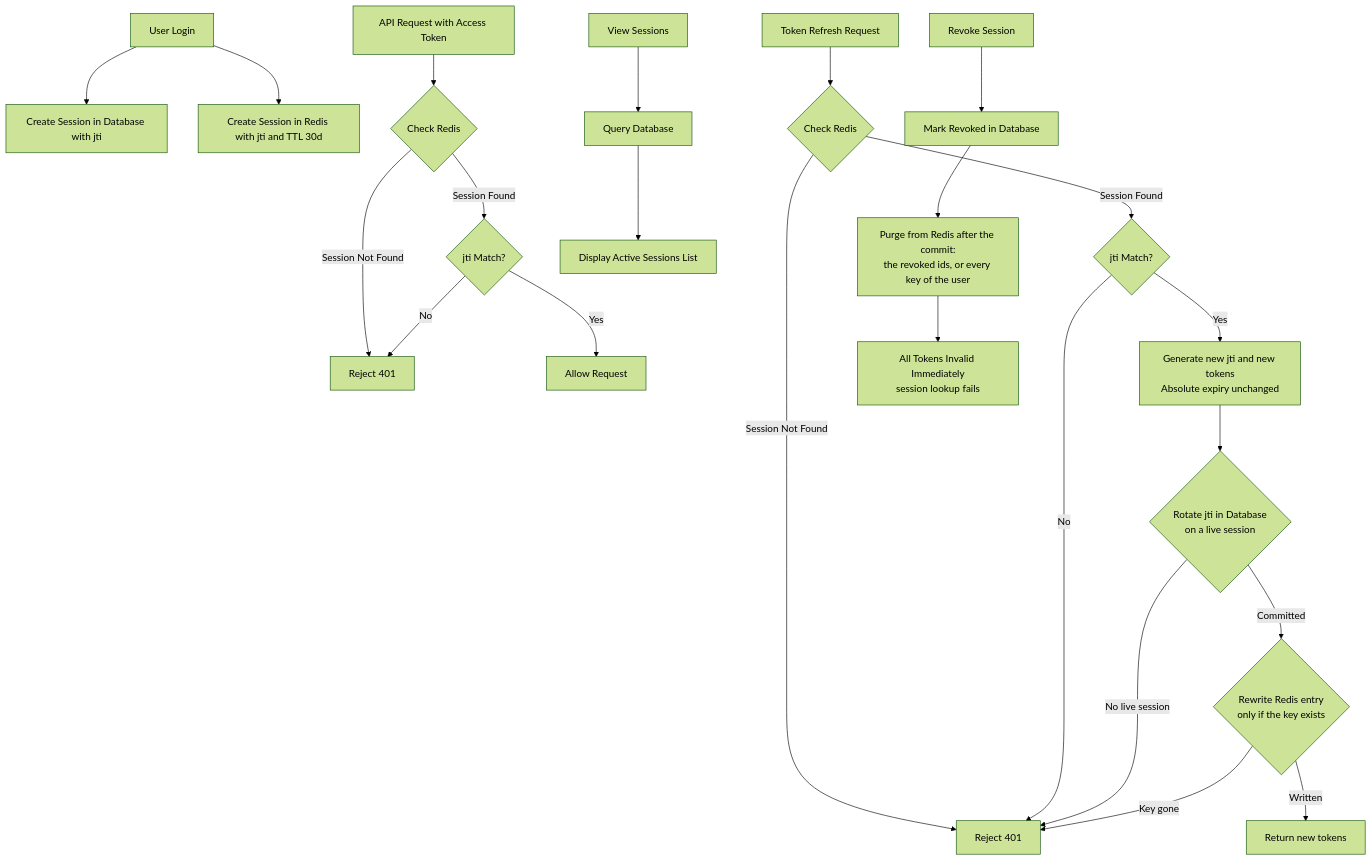
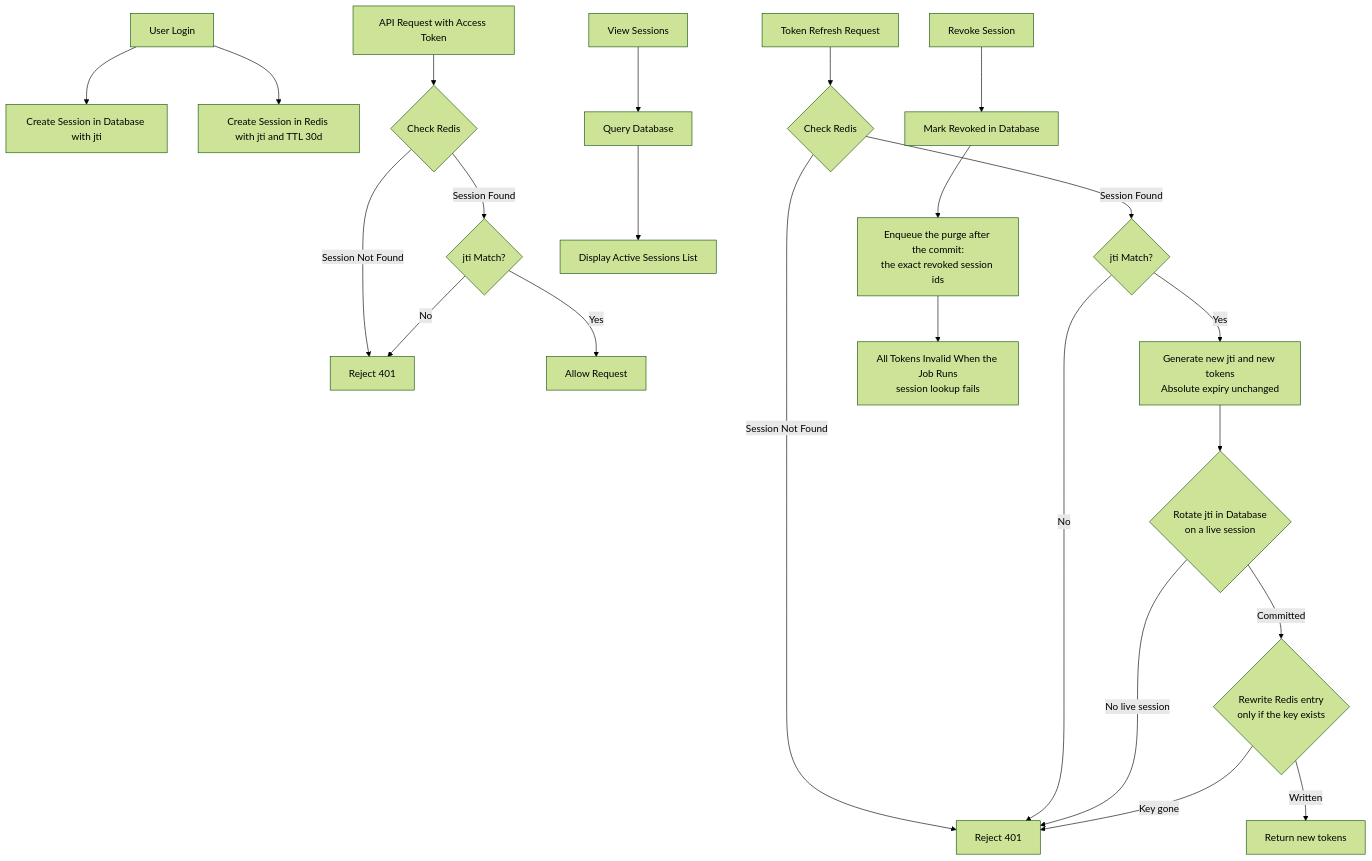
Before and after one commit to andrechristikan/ack-nestjs-boilerplate: the ninth of 10 diagrams in docs/authentication.md, drawn with Mermaid (forest theme). The commit also changed other lines of this file and 340 other files, not shown here.

````diff
--- a/docs/authentication.md
+++ b/docs/authentication.md
@@ -1448,32 +1448,32 @@
 ```mermaid
 graph TB
     A[User Login] --> B[Create Session in Database with jti]
     A --> C[Create Session in Redis with jti and TTL 30d]
 
     D[API Request with Access Token] --> E{Check Redis}
     E -->|Session Found| F{jti Match?}
     E -->|Session Not Found| G[Reject 401]
 
     F -->|Yes| H[Allow Request]
     F -->|No| G
 
     I[Token Refresh Request] --> J{Check Redis}
     J -->|Session Found| K{jti Match?}
     J -->|Session Not Found| L[Reject 401]
 
     K -->|Yes| M[Generate new jti and new tokens<br/>Absolute expiry unchanged]
     K -->|No| L
 
     M --> N{Rotate jti in Database<br/>on a live session}
     N -->|No live session| L
     N -->|Committed| O{Rewrite Redis entry<br/>only if the key exists}
     O -->|Key gone| L
     O -->|Written| W[Return new tokens]
 
     P[View Sessions] --> Q[Query Database]
     Q --> R[Display Active Sessions List]
 
     T[Revoke Session] --> S[Mark Revoked in Database]
-    S --> U[Purge from Redis after the commit:<br/>the revoked ids, or every key of the user]
-    U --> V[All Tokens Invalid Immediately<br/>session lookup fails]
+    S --> U[Enqueue the purge after the commit:<br/>the exact revoked session ids]
+    U --> V[All Tokens Invalid When the Job Runs<br/>session lookup fails]
 ```
````
